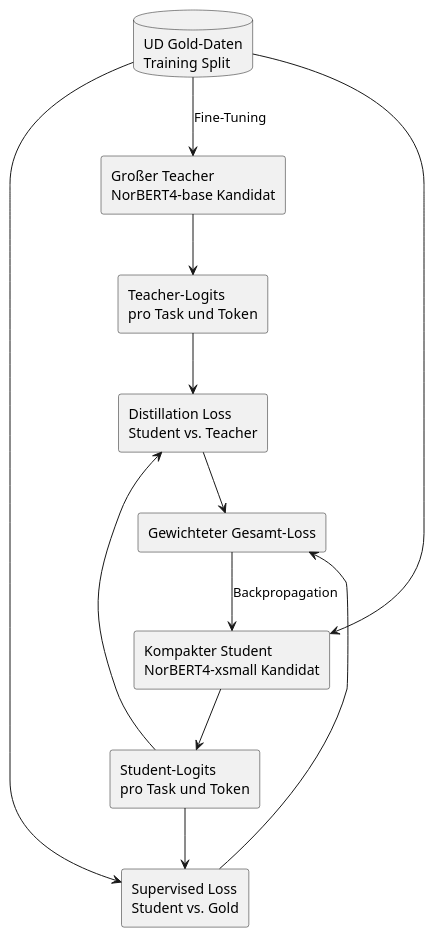
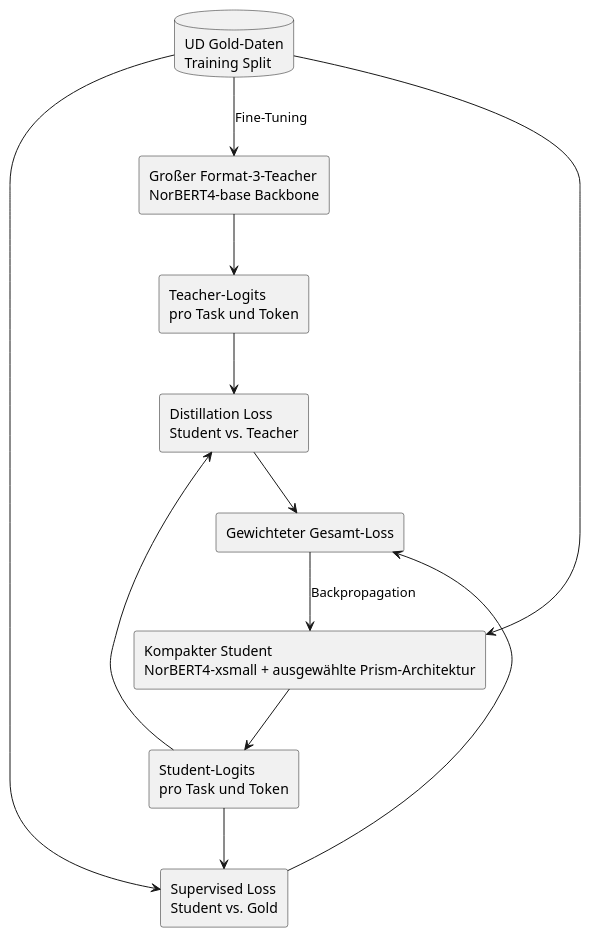
One commit to dmlux/Prism changed the seventh of 8 diagrams in docs/ARCHITECTURE.md. Above: the diagram before and after it, drawn with PlantUML. The commit also changed other lines of this file and 54 other files, not shown here.

````diff
--- a/docs/ARCHITECTURE.md
+++ b/docs/ARCHITECTURE.md
@@ -948,34 +1333,34 @@
 ```plantuml
 @startuml teacher-student
 skinparam backgroundColor transparent
 skinparam shadowing false
 
 database "UD Gold-Daten\nTraining Split" as Gold
 
-rectangle "Großer Teacher\nNorBERT4-base Kandidat" as Teacher
+rectangle "Großer Format-3-Teacher\nNorBERT4-base Backbone" as Teacher
 rectangle "Teacher-Logits\npro Task und Token" as TeacherLogits
 
-rectangle "Kompakter Student\nNorBERT4-xsmall Kandidat" as Student
+rectangle "Kompakter Student\nNorBERT4-xsmall + ausgewählte Prism-Architektur" as Student
 rectangle "Student-Logits\npro Task und Token" as StudentLogits
 
 rectangle "Supervised Loss\nStudent vs. Gold" as GoldLoss
 rectangle "Distillation Loss\nStudent vs. Teacher" as DistillLoss
 rectangle "Gewichteter Gesamt-Loss" as TotalLoss
 
 Gold --> Teacher : Fine-Tuning
 Teacher --> TeacherLogits
 
 Gold --> Student
 Student --> StudentLogits
 
 Gold --> GoldLoss
 StudentLogits --> GoldLoss
 
 TeacherLogits --> DistillLoss
 StudentLogits --> DistillLoss
 
 GoldLoss --> TotalLoss
 DistillLoss --> TotalLoss
 TotalLoss --> Student : Backpropagation
 @enduml
 ```
````
